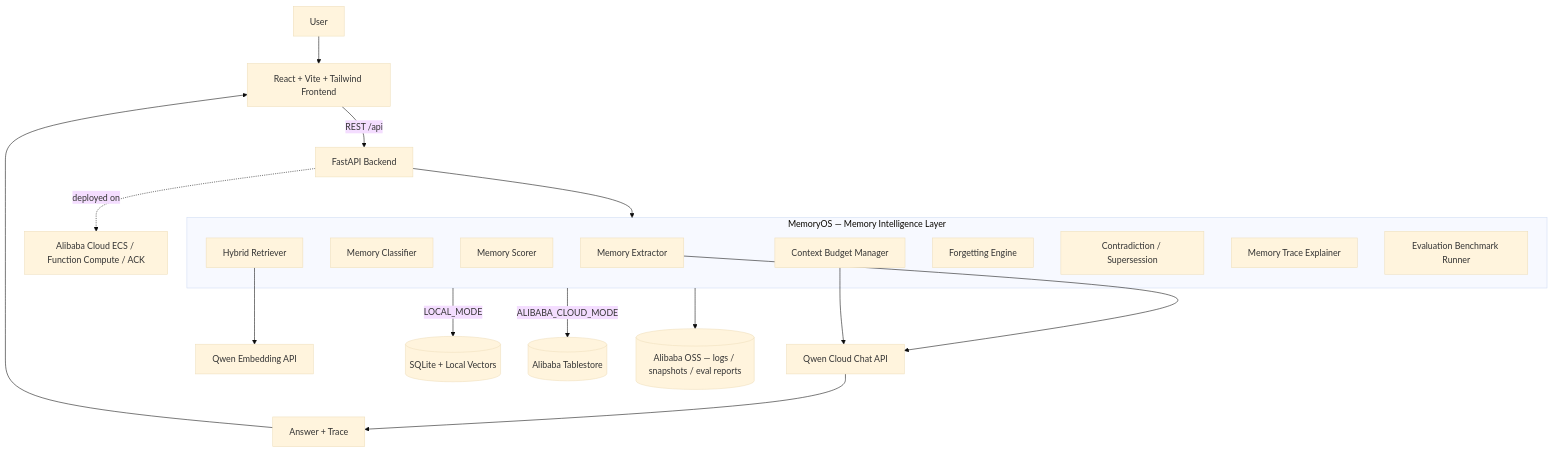
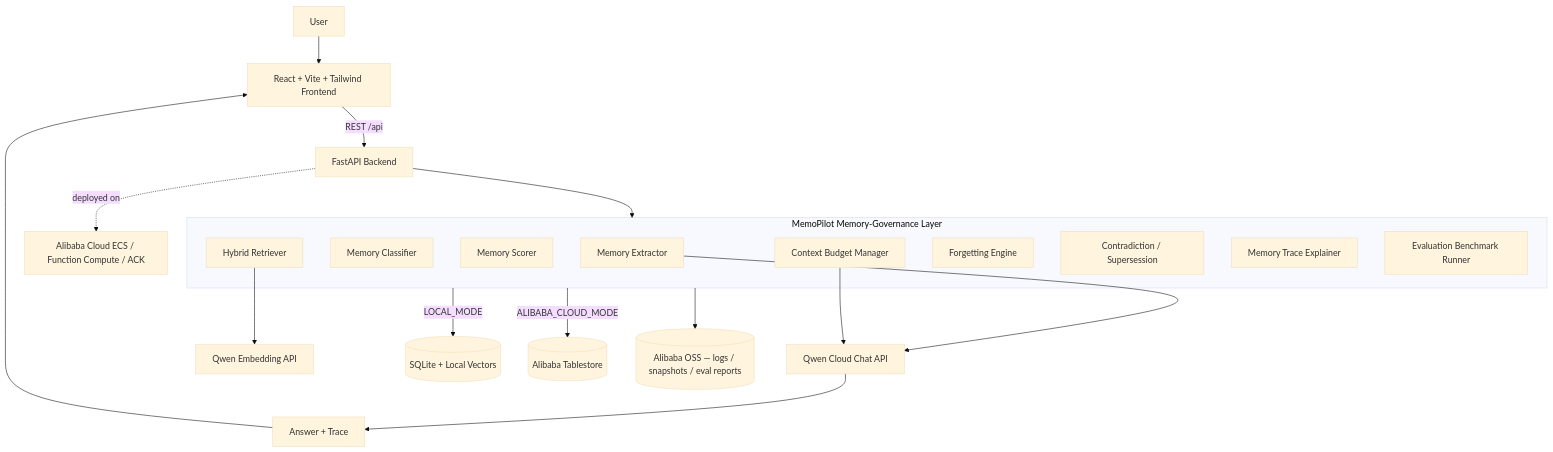
Before and after one commit to MaharMuavia/memopilot-iq: the diagram in docs/architecture.md, drawn with Mermaid (base theme). The commit also changed other lines of this file and 38 other files, not shown here.

````diff
--- a/docs/architecture.md
+++ b/docs/architecture.md
@@ -8,29 +8,29 @@
 ```mermaid
 flowchart TD
     U[User] --> FE[React + Vite + Tailwind Frontend]
     FE -->|REST /api| BE[FastAPI Backend]
 
-    subgraph MOS[MemoryOS — Memory Intelligence Layer]
+    subgraph MOS[MemoPilot Memory-Governance Layer]
         EX[Memory Extractor]
         CL[Memory Classifier]
         SC[Memory Scorer]
         RET[Hybrid Retriever]
         CB[Context Budget Manager]
         FE2[Forgetting Engine]
         SUP[Contradiction / Supersession]
         TR[Memory Trace Explainer]
         EV[Evaluation Benchmark Runner]
     end
 
     BE --> MOS
     EX --> QC[Qwen Cloud Chat API]
     RET --> QE[Qwen Embedding API]
     CB --> QC
     QC --> RESP[Answer + Trace] --> FE
 
     MOS -->|LOCAL_MODE| LS[(SQLite + Local Vectors)]
     MOS -->|ALIBABA_CLOUD_MODE| TS[(Alibaba Tablestore)]
     MOS --> OSS[(Alibaba OSS — logs / snapshots / eval reports)]
 
     BE -.deployed on.-> ECS[Alibaba Cloud ECS / Function Compute / ACK]
 ```
````
